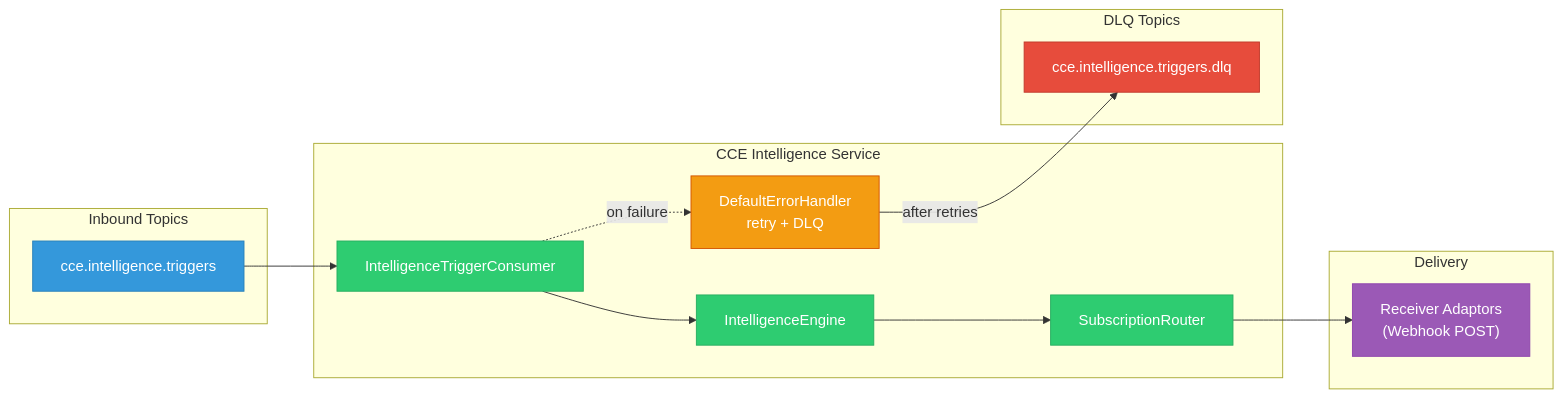
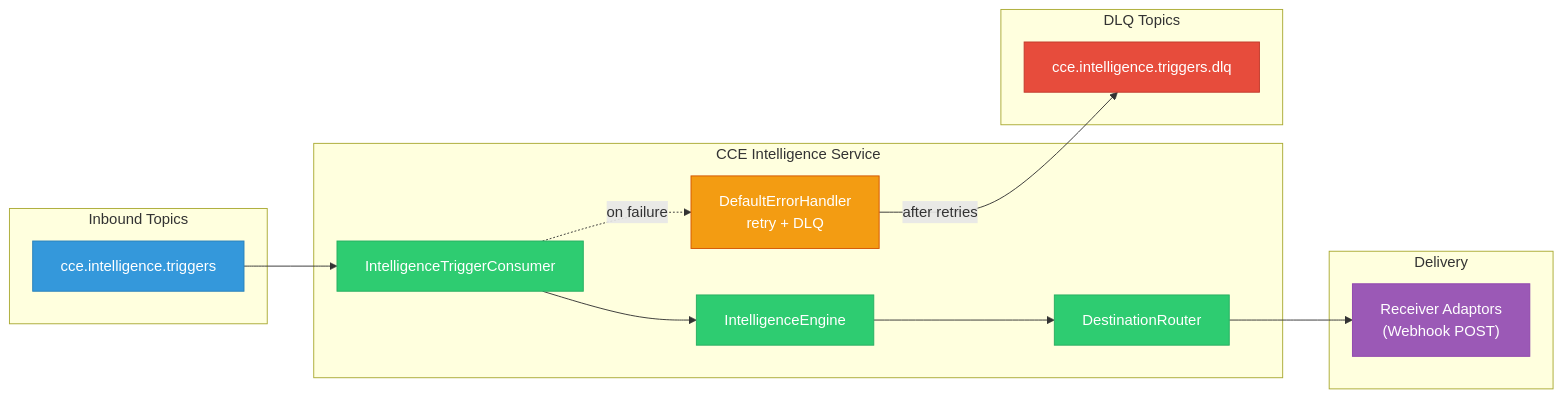
One commit to Jayaprakash8887/cce-intelligence-service changed the first of 2 diagrams in docs/kafka-events.md. Above: the diagram before and after it, drawn with Mermaid. The commit also changed other lines of this file and 39 other files, not shown here.

First line of the commit message:
feat: Refactor channel subscription to destination adaptor mapping

````diff
--- a/docs/kafka-events.md
+++ b/docs/kafka-events.md
@@ -7,40 +7,40 @@
 ```mermaid
 graph LR
     subgraph Inbound Topics
         T1["cce.intelligence.triggers"]
     end
 
     subgraph CCE Intelligence Service
         C1["IntelligenceTriggerConsumer"]
         EH["DefaultErrorHandler<br/>retry + DLQ"]
         ENGINE["IntelligenceEngine"]
-        ROUTER["SubscriptionRouter"]
+        ROUTER["DestinationRouter"]
     end
 
     subgraph DLQ Topics
         D1["cce.intelligence.triggers.dlq"]
     end
 
     subgraph Delivery
         WH["Receiver Adaptors<br/>(Webhook POST)"]
     end
 
     T1 --> C1
     C1 --> ENGINE
     ENGINE --> ROUTER
     ROUTER --> WH
     C1 -.->|"on failure"| EH
     EH -->|"after retries"| D1
 
     classDef inbound fill:#3498DB,stroke:#2980B9,color:white
     classDef consumer fill:#2ECC71,stroke:#27AE60,color:white
     classDef dlq fill:#E74C3C,stroke:#C0392B,color:white
     classDef errorHandler fill:#F39C12,stroke:#D35400,color:white
     classDef delivery fill:#9B59B6,stroke:#8E44AD,color:white
 
     class T1 inbound
     class C1,ENGINE,ROUTER consumer
     class D1 dlq
     class EH errorHandler
     class WH delivery
 ```
````
